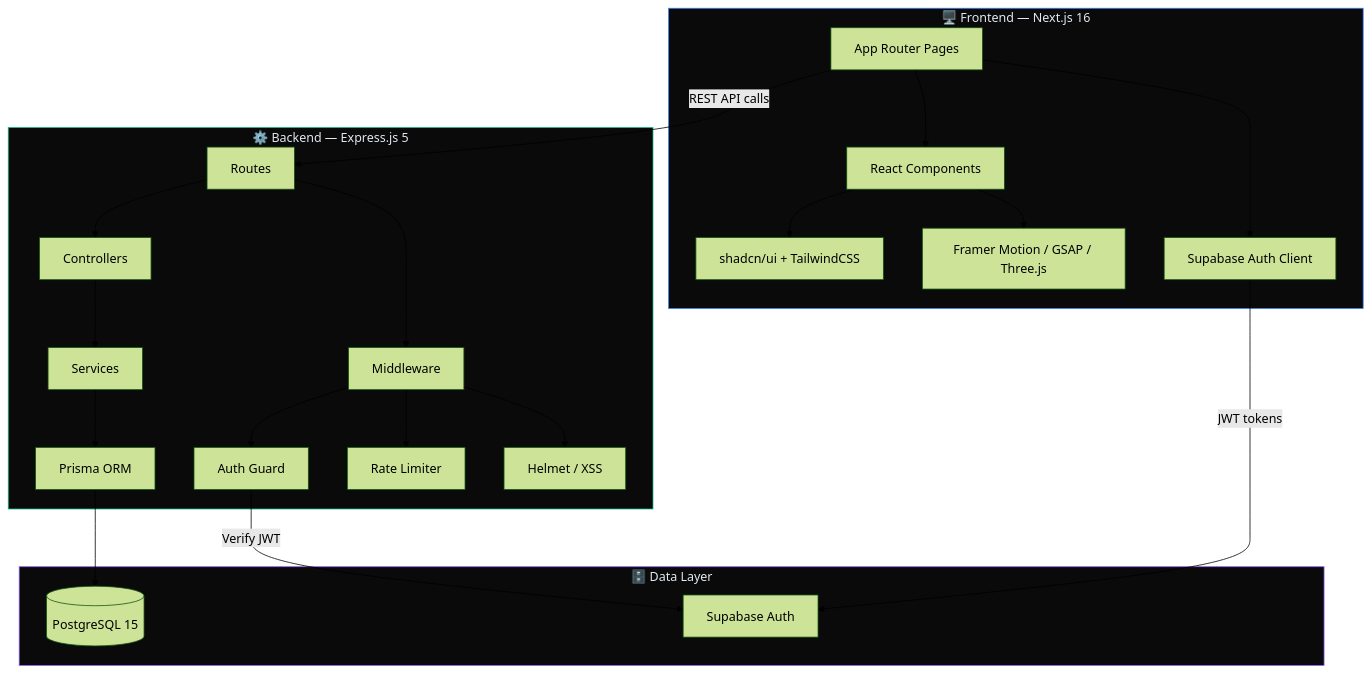
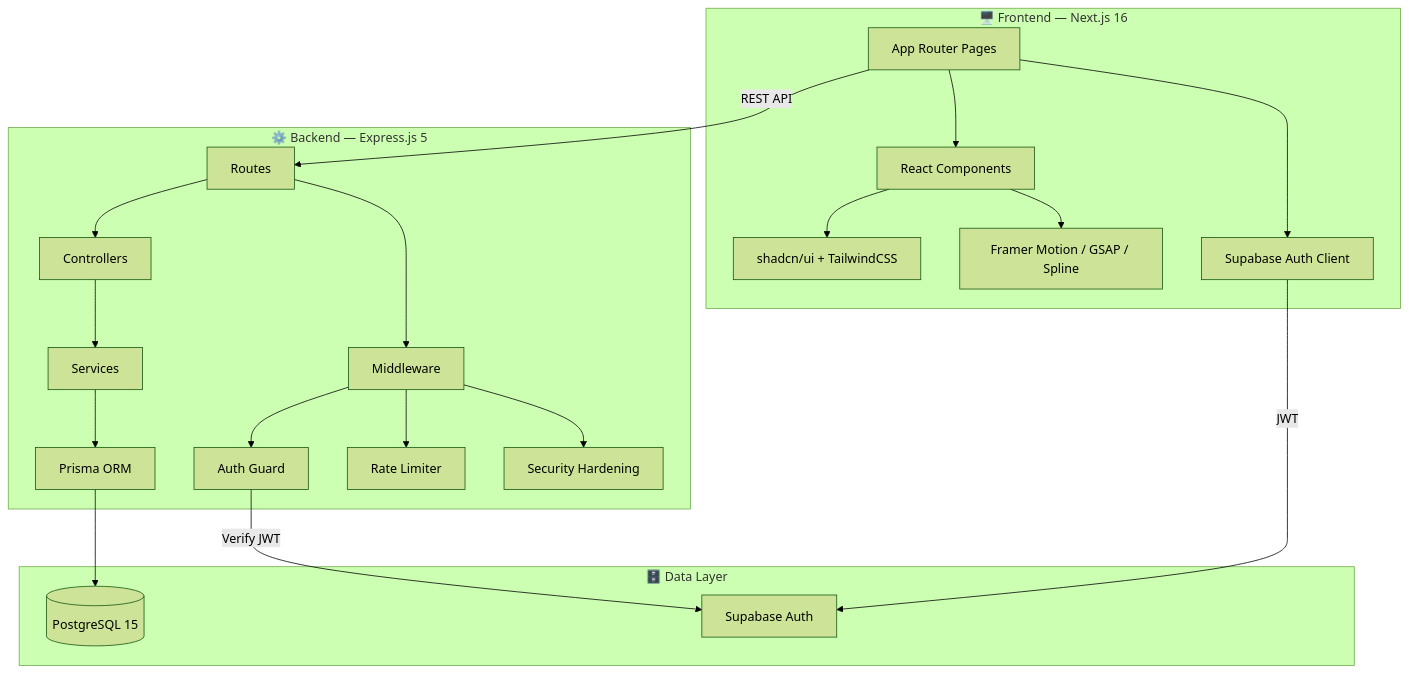
The first of 2 diagrams in README.md (Vishallakshmikanthan/prompt-forge), drawn with Mermaid (forest theme) before and after one commit. The commit also changed other lines of this file and 4552 other files, not shown here.

````diff
--- a/README.md
+++ b/README.md
@@ -149,33 +93,29 @@
 ```mermaid
 graph TB
     subgraph Client["🖥️ Frontend — Next.js 16"]
         A[App Router Pages] --> B[React Components]
         B --> C[shadcn/ui + TailwindCSS]
-        B --> D[Framer Motion / GSAP / Three.js]
+        B --> D[Framer Motion / GSAP / Spline]
         A --> E[Supabase Auth Client]
     end
 
     subgraph Server["⚙️ Backend — Express.js 5"]
         F[Routes] --> G[Controllers]
         G --> H[Services]
         H --> I[Prisma ORM]
         F --> J[Middleware]
         J --> J1[Auth Guard]
         J --> J2[Rate Limiter]
-        J --> J3[Helmet / XSS]
+        J --> J3[Security Hardening]
     end
 
     subgraph Data["🗄️ Data Layer"]
         K[(PostgreSQL 15)]
         L[Supabase Auth]
     end
 
-    A -- "REST API calls" --> F
-    E -- "JWT tokens" --> L
+    A -- "REST API" --> F
+    E -- "JWT" --> L
     I --> K
     J1 -- "Verify JWT" --> L
-
-    style Client fill:#0a0a0a,stroke:#3b82f6,color:#e2e8f0
-    style Server fill:#0a0a0a,stroke:#10b981,color:#e2e8f0
-    style Data fill:#0a0a0a,stroke:#8b5cf6,color:#e2e8f0
 ```
````
